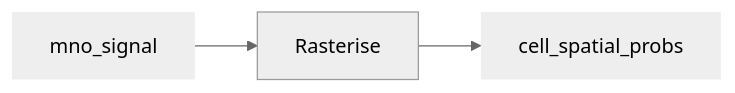
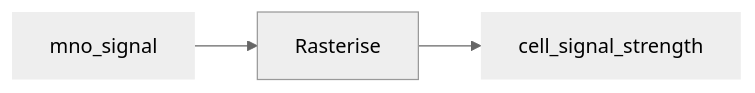
Before and after one commit to djvanderlaan/pipeline: the sixth of 14 diagrams in README.md, drawn with Mermaid (neutral theme). The commit also changed other lines of this file, not shown here.

````diff
--- a/README.md
+++ b/README.md
@@ -63,7 +67,7 @@
 ```mermaid
 flowchart LR
 
-mno_signal:::data --> Rasterise --> cell_spatial_probs:::data
+mno_signal:::data --> Rasterise --> cell_signal_strength:::data
 
 classDef data stroke-width:0px
 ```
````
